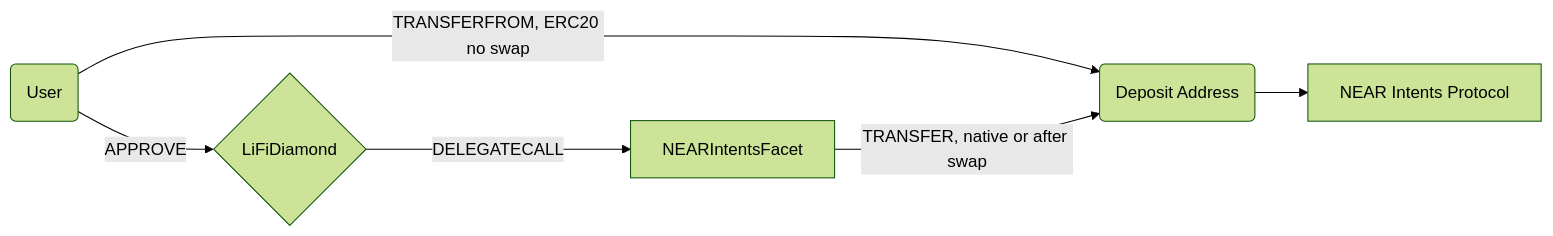
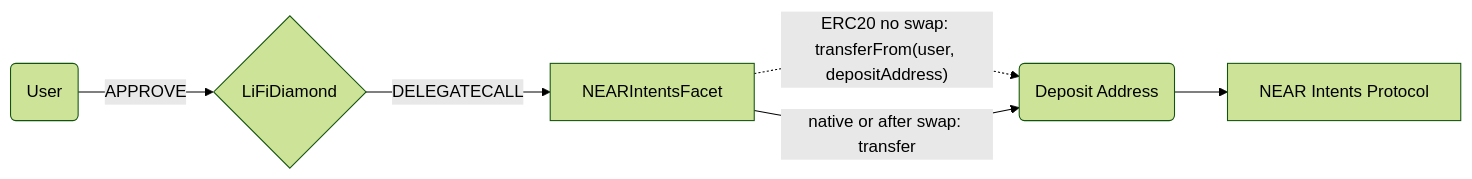
One commit to lifinance/contracts changed the diagram in docs/NEARIntentsFacet.md. Above: the diagram before and after it, drawn with Mermaid (forest theme). The commit also changed 3 other files, not shown here.

Commit message:
docs(near-intents): clarify quote marking, helper and token flow (EXSC-1370)

````diff
--- a/docs/NEARIntentsFacet.md
+++ b/docs/NEARIntentsFacet.md
@@ -15,8 +15,8 @@
 ```mermaid
 graph LR;
     U(User) -- APPROVE --> D;
     D{LiFiDiamond}-- DELEGATECALL -->NEARIntentsFacet;
-    U -- TRANSFERFROM, ERC20 no swap --> DepositAddress(Deposit Address);
-    NEARIntentsFacet -- TRANSFER, native or after swap --> DepositAddress;
+    NEARIntentsFacet -. "ERC20 no swap: transferFrom(user, depositAddress)" .-> DepositAddress(Deposit Address);
+    NEARIntentsFacet -- "native or after swap: transfer" --> DepositAddress;
     DepositAddress --> NI[NEAR Intents Protocol]
 ```
````
